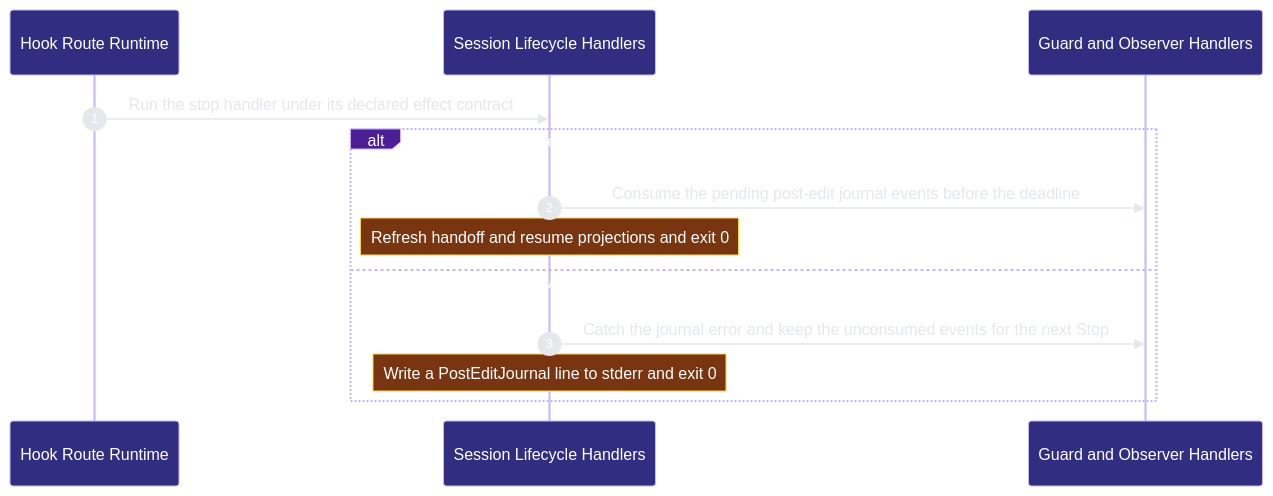
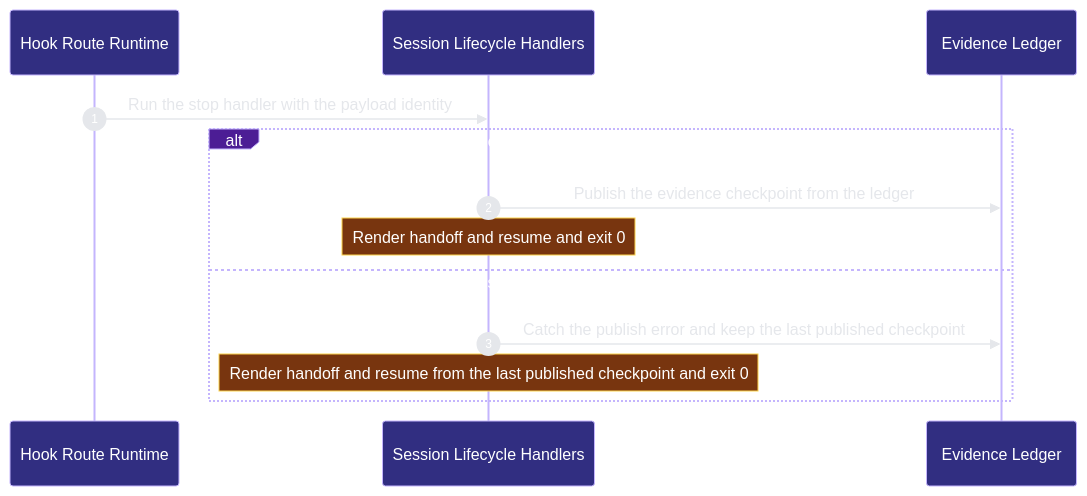
Before and after one commit to Ancienttwo/repo-harness: the fourth of 4 diagrams in docs/architecture/modules/runtime-harness/hook-adapters.md, drawn with Mermaid. The commit also changed other lines of this file and 13 other files, not shown here.

Commit message:
chore(architecture): apply projection refresh

````diff
--- a/docs/architecture/modules/runtime-harness/hook-adapters.md
+++ b/docs/architecture/modules/runtime-harness/hook-adapters.md
@@ -150,16 +149,16 @@
 ```mermaid
 %%{init: {"theme":"base","themeVariables":{"background":"#0d1117","actorBkg":"#312e81","actorBorder":"#c4b5fd","actorTextColor":"#ffffff","signalColor":"#e5e7eb","signalTextColor":"#e5e7eb","labelBoxBkgColor":"#4c1d95","labelBoxBorderColor":"#c4b5fd","labelTextColor":"#ffffff","noteBkgColor":"#78350f","noteBorderColor":"#fcd34d","noteTextColor":"#ffffff","sequenceNumberColor":"#ffffff"}}}%%
 sequenceDiagram
   autonumber
   participant p2_route_runtime_281dbb1e as Hook Route Runtime
   participant p2_session_lifecycle_f33a8ef2 as Session Lifecycle Handlers
-  participant p2_edit_guards_5119ddfa as Guard and Observer Handlers
-  p2_route_runtime_281dbb1e->>p2_session_lifecycle_f33a8ef2: Run the stop handler under its declared effect contract
-  alt Pending post-edit events are consumed inside the Stop work budget
-  p2_session_lifecycle_f33a8ef2->>p2_edit_guards_5119ddfa: Consume the pending post-edit journal events before the deadline
-    Note over p2_session_lifecycle_f33a8ef2: Refresh handoff and resume projections and exit 0
-  else A journal failure becomes a diagnostic and Stop continues
-  p2_session_lifecycle_f33a8ef2->>p2_edit_guards_5119ddfa: Catch the journal error and keep the unconsumed events for the next Stop
-    Note over p2_session_lifecycle_f33a8ef2: Write a PostEditJournal line to stderr and exit 0
+  participant p2_evidence_edecec53 as Evidence Ledger
+  p2_route_runtime_281dbb1e->>p2_session_lifecycle_f33a8ef2: Run the stop handler with the payload identity
+  alt The checkpoint is published and the recovery views are rendered
+  p2_session_lifecycle_f33a8ef2->>p2_evidence_edecec53: Publish the evidence checkpoint from the ledger
+    Note over p2_session_lifecycle_f33a8ef2: Render handoff and resume and exit 0
+  else A failed publish leaves the last published checkpoint in place
+  p2_session_lifecycle_f33a8ef2->>p2_evidence_edecec53: Catch the publish error and keep the last published checkpoint
+    Note over p2_session_lifecycle_f33a8ef2: Render handoff and resume from the last published checkpoint and exit 0
   end
 ```
````
